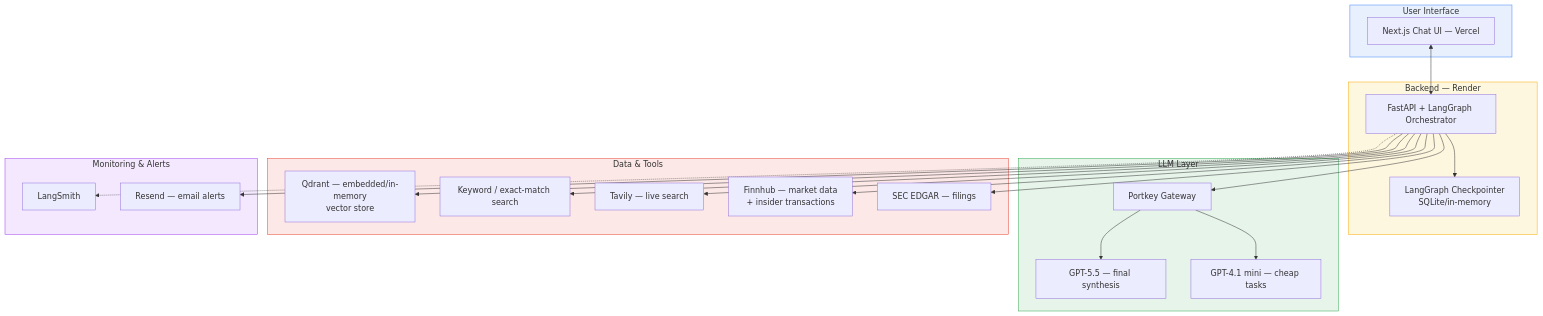
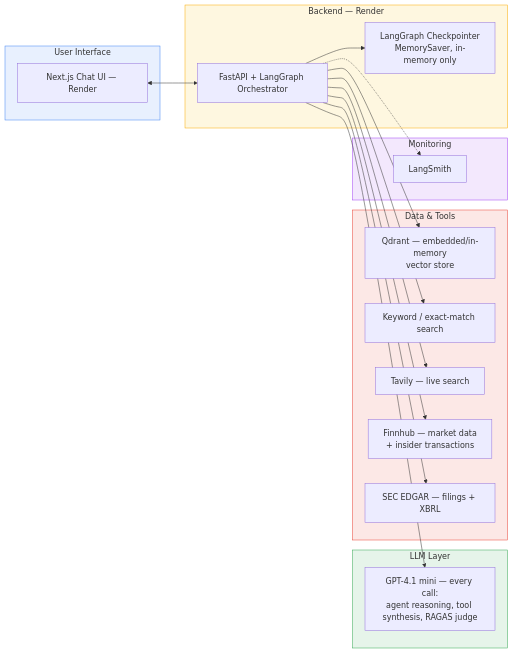
Before and after one commit to maiufukui/portfolio-copilot: the second of 3 diagrams in Personal Portfolio Copilot-prd.md, drawn with Mermaid. The commit also changed other lines of this file and 7 other files, not shown here.

````diff
--- a/Personal Portfolio Copilot-prd.md
+++ b/Personal Portfolio Copilot-prd.md
@@ -112,49 +121,43 @@
 ```mermaid
-flowchart TB
+flowchart LR
     subgraph UI["User Interface"]
-        A[Next.js Chat UI — Vercel]
+        A[Next.js Chat UI — Render]
     end
 
     subgraph Backend["Backend — Render"]
         B[FastAPI + LangGraph Orchestrator]
-        C[LangGraph Checkpointer<br/>SQLite/in-memory]
+        C[LangGraph Checkpointer<br/>MemorySaver, in-memory only]
     end
 
     subgraph LLMLayer["LLM Layer"]
-        D[Portkey Gateway]
-        E[GPT-5.5 — final synthesis]
-        F[GPT-4.1 mini — cheap tasks]
+        F[GPT-4.1 mini — every call:<br/>agent reasoning, tool synthesis, RAGAS judge]
     end
 
     subgraph DataLayer["Data & Tools"]
         G[Qdrant — embedded/in-memory<br/>vector store]
         H[Keyword / exact-match search]
         I[Tavily — live search]
         J[Finnhub — market data<br/>+ insider transactions]
-        K[SEC EDGAR — filings]
+        K[SEC EDGAR — filings + XBRL]
     end
 
-    subgraph Ops["Monitoring & Alerts"]
+    subgraph Ops["Monitoring"]
         L[LangSmith]
-        M[Resend — email alerts]
     end
 
     A <--> B
     B --> C
-    B --> D
-    D --> E
-    D --> F
+    B --> F
     B --> G
     B --> H
     B --> I
     B --> J
     B --> K
     B -.-> L
-    B --> M
 
     style UI fill:#e8f0fe,stroke:#4285f4
     style Backend fill:#fef7e0,stroke:#f9ab00
     style LLMLayer fill:#e6f4ea,stroke:#34a853
     style DataLayer fill:#fce8e6,stroke:#ea4335
     style Ops fill:#f3e8fd,stroke:#a142f4
 ```
````
